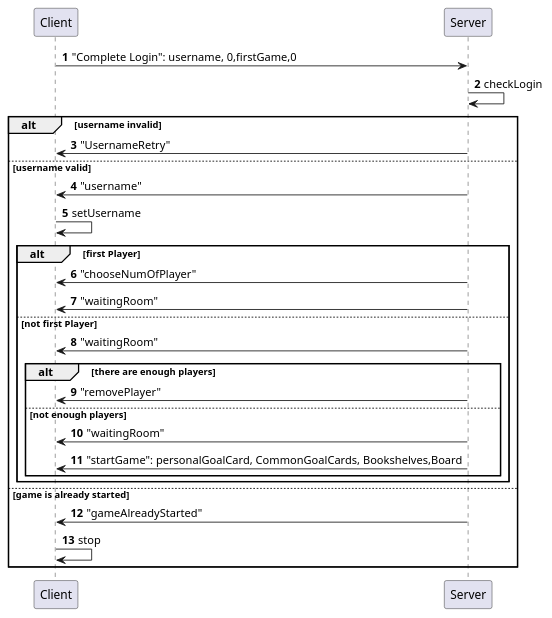
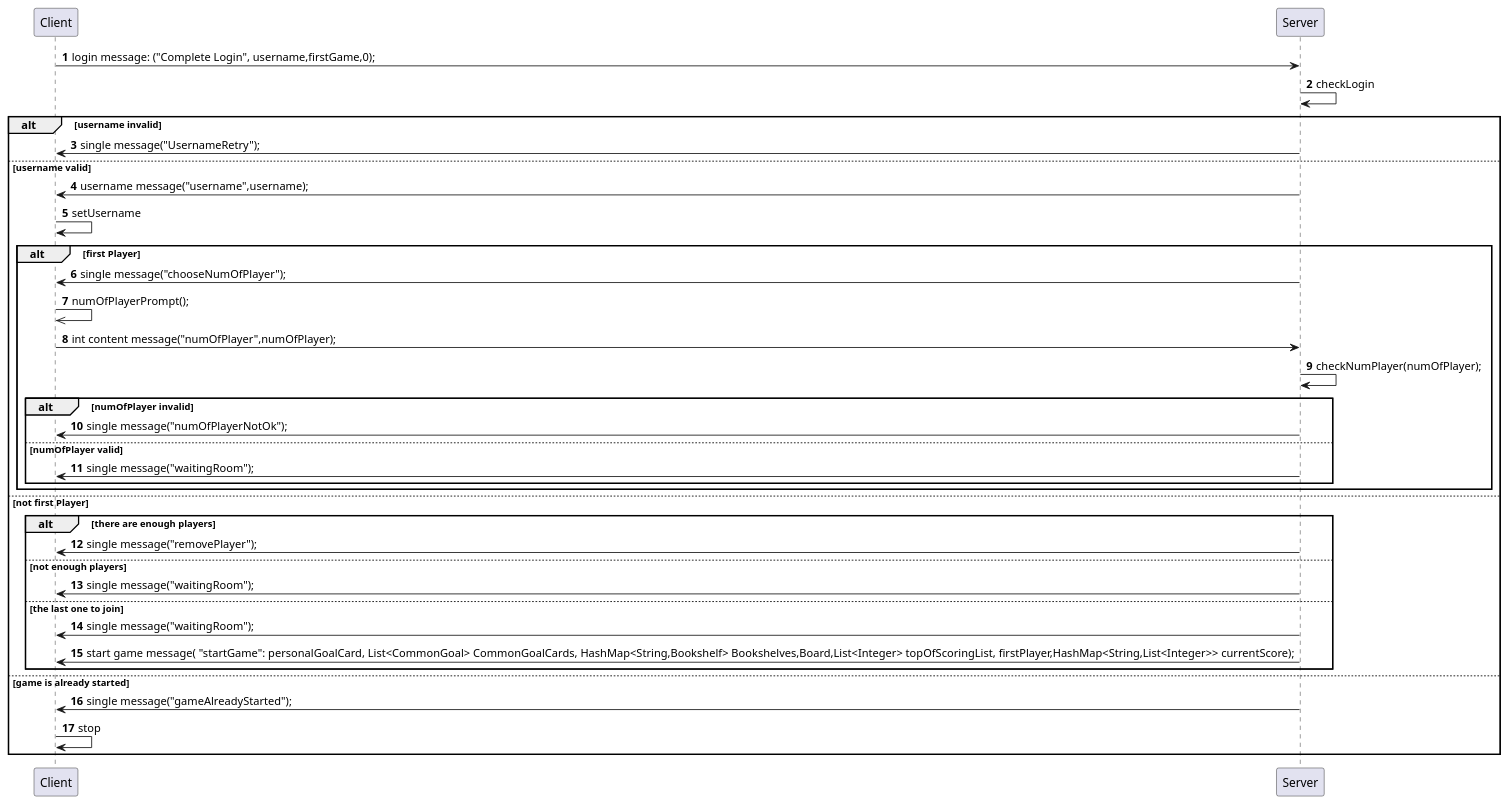
One commit to dltmtt/IS23-AM13 changed the diagram in deliverables/UML diagrams/Final sequence diagrams/Login phase.puml. Above: the diagram before and after it, drawn with PlantUML. The commit also changed 10 other files, not shown here.

Commit message:
add changes in sequence diagrams

```diff
--- a/deliverables/UML diagrams/Final sequence diagrams/Login phase.puml
+++ b/deliverables/UML diagrams/Final sequence diagrams/Login phase.puml
@@ -1,31 +1,39 @@
 @startuml
 'https://plantuml.com/sequence-diagram
 
 autonumber
 
-Client -> Server: "Complete Login": username, 0,firstGame,0
+Client -> Server: login message: ("Complete Login", username,firstGame,0);
 Server->Server: checkLogin
 
 alt username invalid
-Server->Client: "UsernameRetry"
+Server->Client: single message("UsernameRetry");
 else username valid
-Server->Client: "username"
+Server->Client: username message("username",username);
 Client->Client: setUsername
 alt first Player
-Server->Client: "chooseNumOfPlayer"
-Server->Client: "waitingRoom"
-else not first Player
-Server->Client: "waitingRoom"
-alt there are enough players
-Server->Client: "removePlayer"
-else not enough players
-Server->Client: "waitingRoom"
-Server->Client: "startGame": personalGoalCard, CommonGoalCards, Bookshelves,Board
+Server->Client: single message("chooseNumOfPlayer");
+Client->>Client: numOfPlayerPrompt();
+Client->Server: int content message("numOfPlayer",numOfPlayer);
+Server->Server:checkNumPlayer(numOfPlayer);
+alt numOfPlayer invalid
+Server->Client: single message("numOfPlayerNotOk");
+else numOfPlayer valid
+Server->Client: single message("waitingRoom");
 end
 end
+else not first Player
+alt there are enough players
+Server->Client: single message("removePlayer");
+else not enough players
+Server->Client: single message("waitingRoom");
+else the last one to join
+Server->Client: single message("waitingRoom");
+Server->Client: start game message( "startGame": personalGoalCard, List<CommonGoal> CommonGoalCards, HashMap<String,Bookshelf> Bookshelves,Board,List<Integer> topOfScoringList, firstPlayer,HashMap<String,List<Integer>> currentScore);
+end
 else game is already started
-Server->Client: "gameAlreadyStarted"
+Server->Client: single message("gameAlreadyStarted");
 Client->Client: stop
 end
 
 @enduml
```
